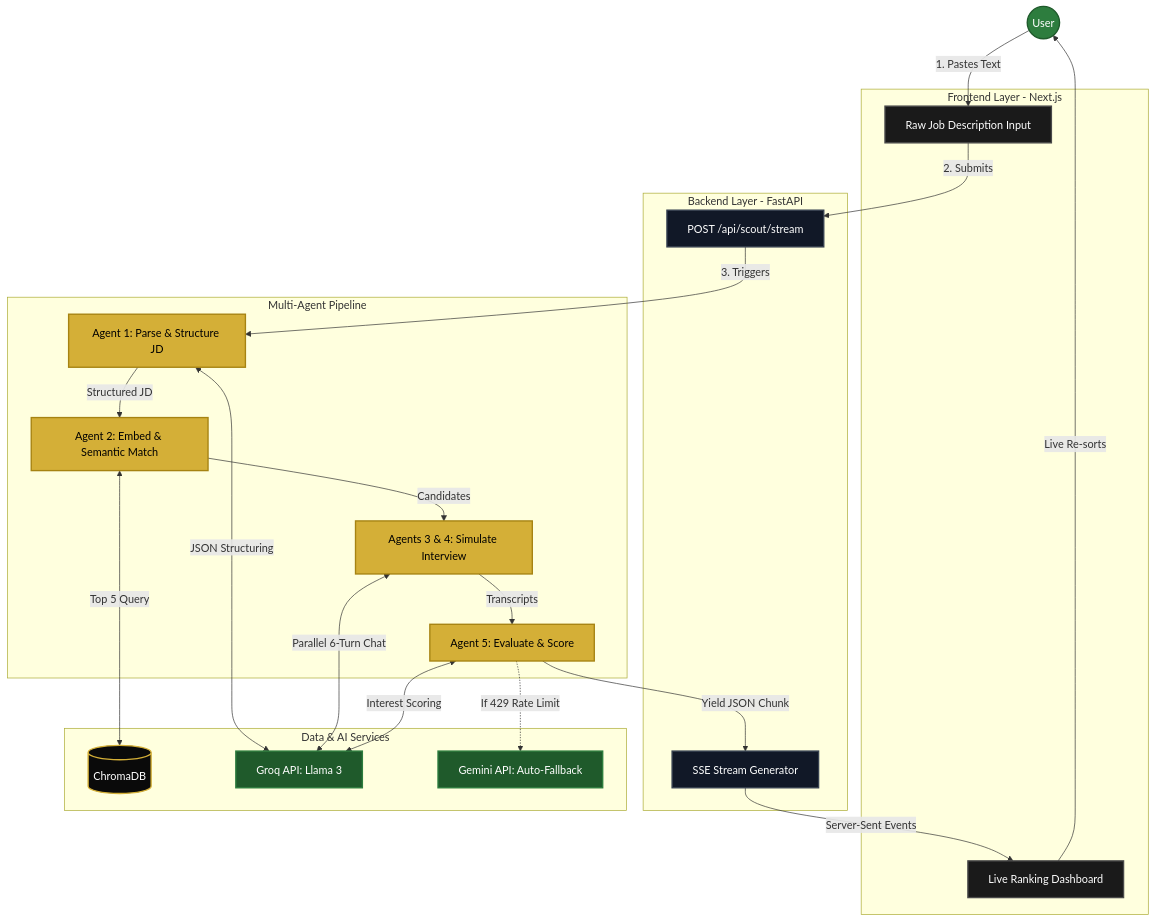
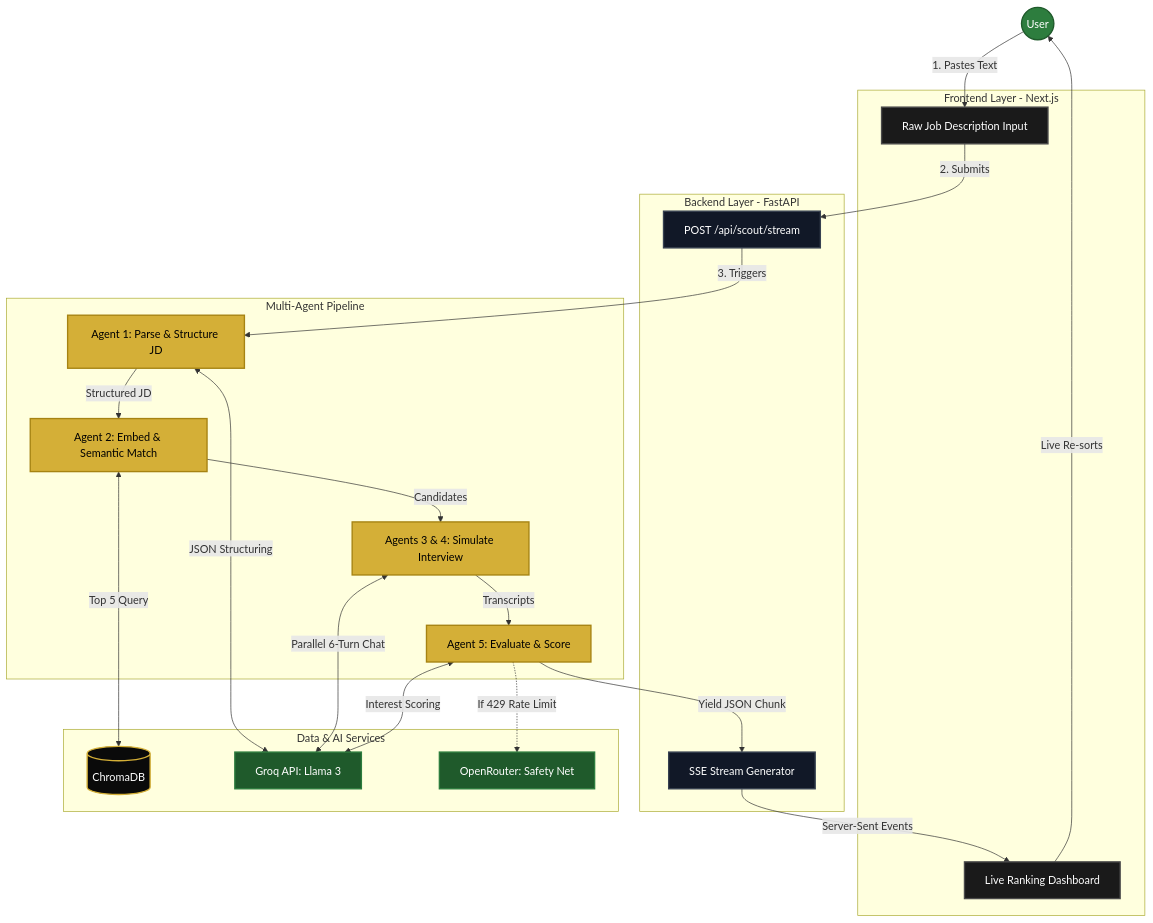
Before and after one commit to Tejayadagani/TalentHunt: the diagram in README.md, drawn with Mermaid. The commit also changed other lines of this file and 3 other files, not shown here.

````diff
--- a/README.md
+++ b/README.md
@@ -11,56 +11,56 @@
 ```mermaid
 flowchart TD
     %% Define Theme Colors for perfect Dark/Light Mode Contrast
     classDef user fill:#2D7D3E,stroke:#1F5A2B,stroke-width:2px,color:#fff
     classDef frontend fill:#1A1A1A,stroke:#4A4A4A,stroke-width:2px,color:#fff
     classDef backend fill:#111827,stroke:#374151,stroke-width:2px,color:#fff
     classDef agent fill:#D4AF37,stroke:#A68312,stroke-width:2px,color:#000
     classDef db fill:#0A0A0A,stroke:#D4AF37,stroke-width:2px,color:#fff
     classDef external fill:#1F5A2B,stroke:#2D7D3E,stroke-width:2px,color:#fff
 
     User((User)):::user
 
     subgraph Client [Frontend Layer - Next.js]
         Input[Raw Job Description Input]:::frontend
         Dashboard[Live Ranking Dashboard]:::frontend
     end
 
     subgraph Server [Backend Layer - FastAPI]
         Endpoint[POST /api/scout/stream]:::backend
         SSE[SSE Stream Generator]:::backend
     end
 
     subgraph Pipeline [Multi-Agent Pipeline]
         A1[Agent 1: Parse & Structure JD]:::agent
         A2[Agent 2: Embed & Semantic Match]:::agent
         A3[Agents 3 & 4: Simulate Interview]:::agent
         A5[Agent 5: Evaluate & Score]:::agent
     end
 
     subgraph Data [Data & AI Services]
         Chroma[(ChromaDB)]:::db
         Groq[Groq API: Llama 3]:::external
-        Gemini[Gemini API: Auto-Fallback]:::external
+        OpenRouter[OpenRouter: Safety Net]:::external
     end
 
     %% Step-by-Step Flow
     User -->|1. Pastes Text| Input
     Input -->|2. Submits| Endpoint
     Endpoint -->|3. Triggers| A1
 
     A1 <-->|JSON Structuring| Groq
     A1 -->|Structured JD| A2
 
     A2 <-->|Top 5 Query| Chroma
     A2 -->|Candidates| A3
 
     A3 <-->|Parallel 6-Turn Chat| Groq
     A3 -->|Transcripts| A5
 
     A5 <-->|Interest Scoring| Groq
-    A5 -.->|If 429 Rate Limit| Gemini
+    A5 -.->|If 429 Rate Limit| OpenRouter
     
     A5 -->|Yield JSON Chunk| SSE
     SSE -->|Server-Sent Events| Dashboard
     Dashboard -->|Live Re-sorts| User
 ```
````
